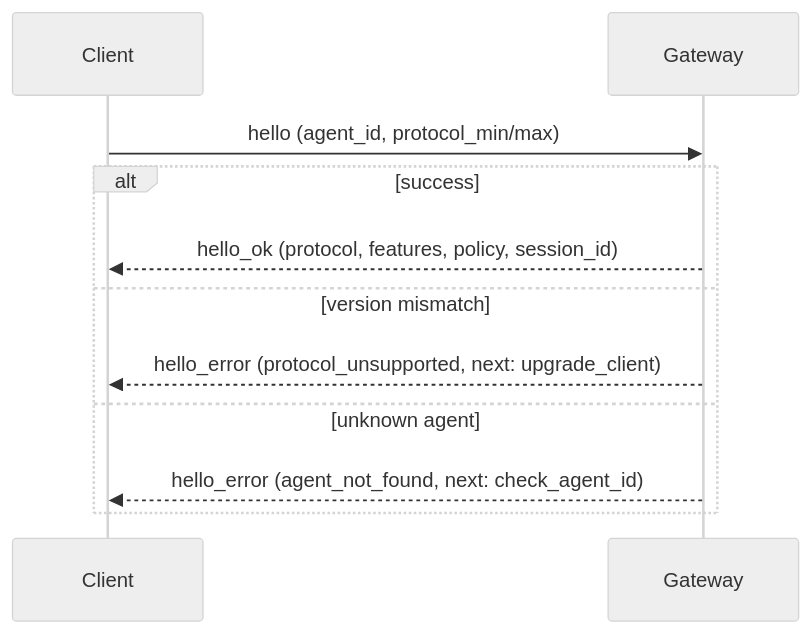
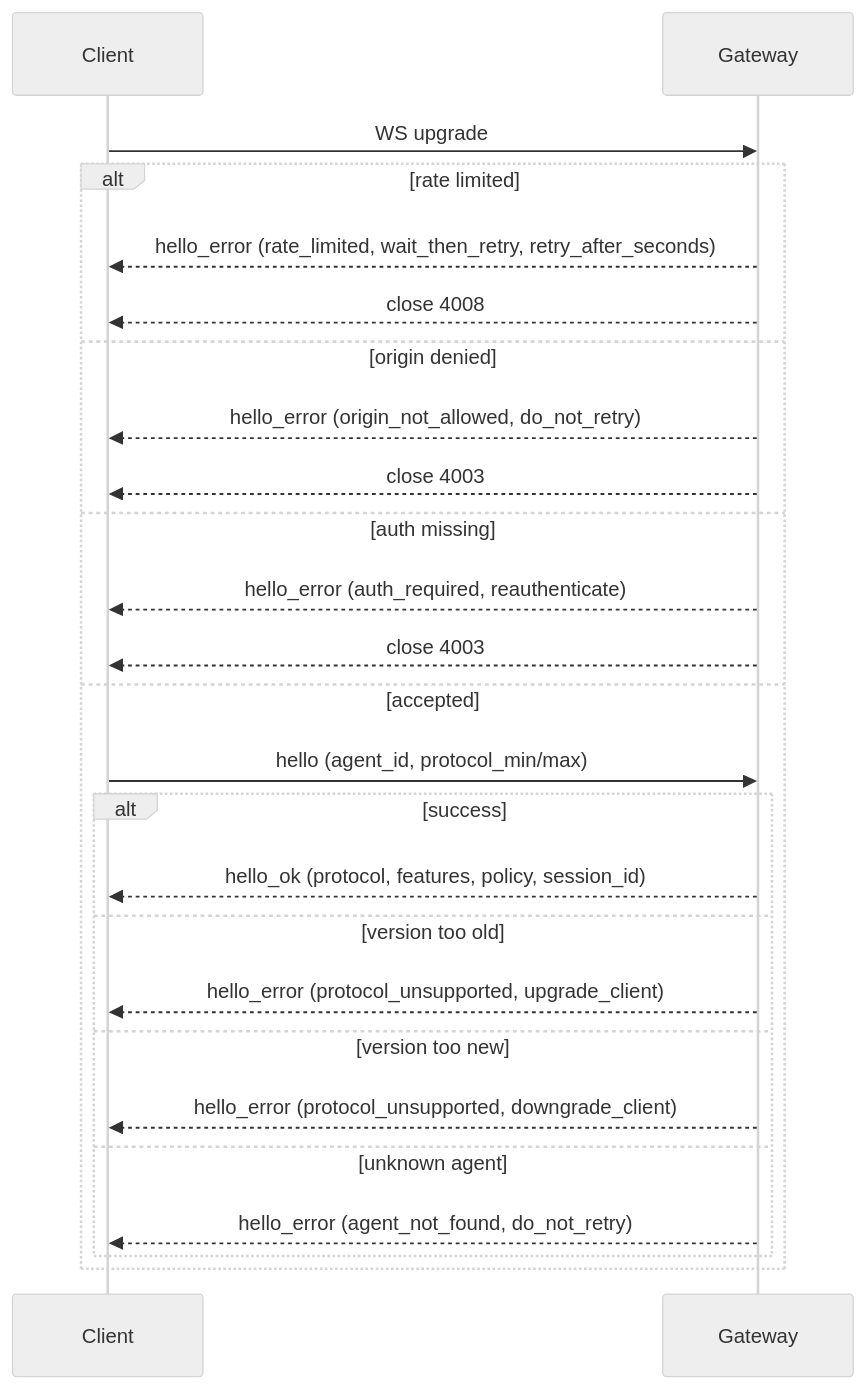
The second of 2 diagrams in docs/features/gateway-handshake-protocol.mdx (MervinPraison/PraisonAIDocs), drawn with Mermaid (neutral theme) before and after one commit. The commit also changed other lines of this file and 1 other file, not shown here.

First line of the commit message:
docs: document unified hello_error envelope with recovery guidance (fixes #861)

````diff
--- a/docs/features/gateway-handshake-protocol.mdx
+++ b/docs/features/gateway-handshake-protocol.mdx
@@ -80,14 +80,28 @@
 ```mermaid
 sequenceDiagram
     participant Client
     participant Gateway
 
-    Client->>Gateway: hello (agent_id, protocol_min/max)
-    alt success
-        Gateway-->>Client: hello_ok (protocol, features, policy, session_id)
-    else version mismatch
-        Gateway-->>Client: hello_error (protocol_unsupported, next: upgrade_client)
-    else unknown agent
-        Gateway-->>Client: hello_error (agent_not_found, next: check_agent_id)
+    Client->>Gateway: WS upgrade
+    alt rate limited
+        Gateway-->>Client: hello_error (rate_limited, wait_then_retry, retry_after_seconds)
+        Gateway-->>Client: close 4008
+    else origin denied
+        Gateway-->>Client: hello_error (origin_not_allowed, do_not_retry)
+        Gateway-->>Client: close 4003
+    else auth missing
+        Gateway-->>Client: hello_error (auth_required, reauthenticate)
+        Gateway-->>Client: close 4003
+    else accepted
+        Client->>Gateway: hello (agent_id, protocol_min/max)
+        alt success
+            Gateway-->>Client: hello_ok (protocol, features, policy, session_id)
+        else version too old
+            Gateway-->>Client: hello_error (protocol_unsupported, upgrade_client)
+        else version too new
+            Gateway-->>Client: hello_error (protocol_unsupported, downgrade_client)
+        else unknown agent
+            Gateway-->>Client: hello_error (agent_not_found, do_not_retry)
+        end
     end
 ```
````
